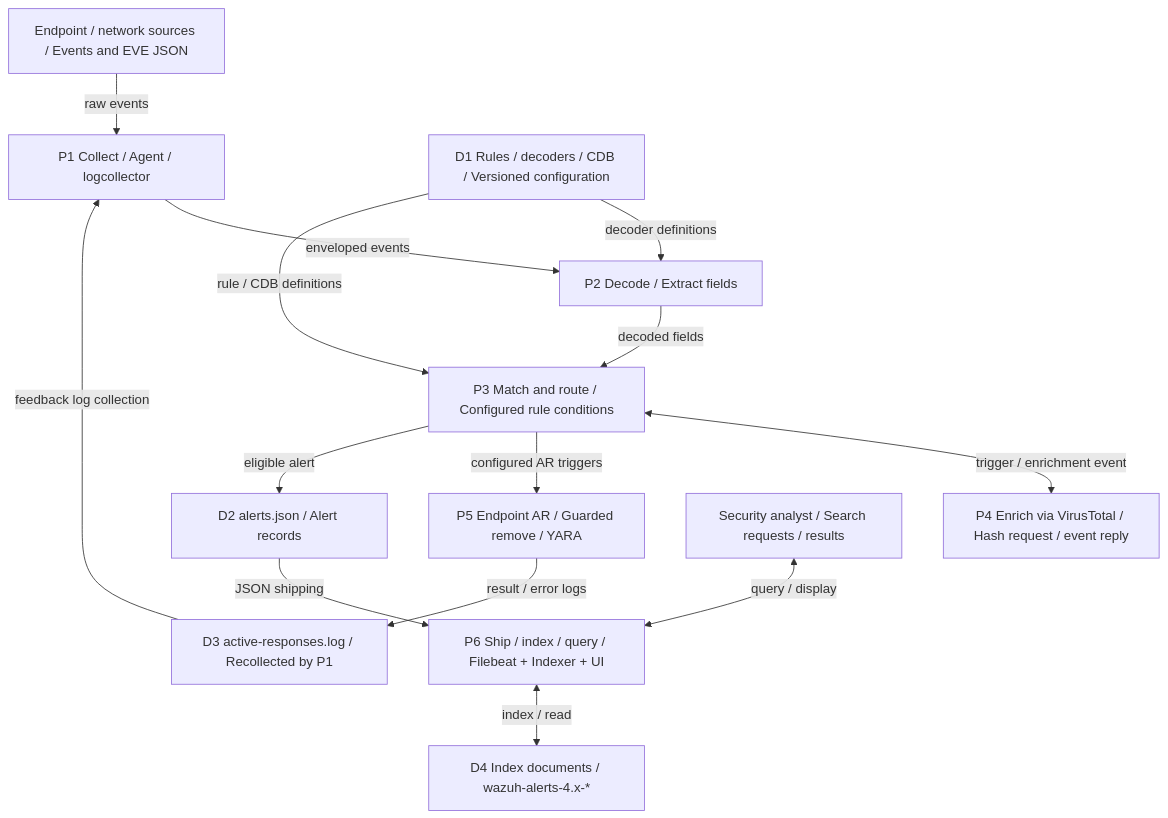
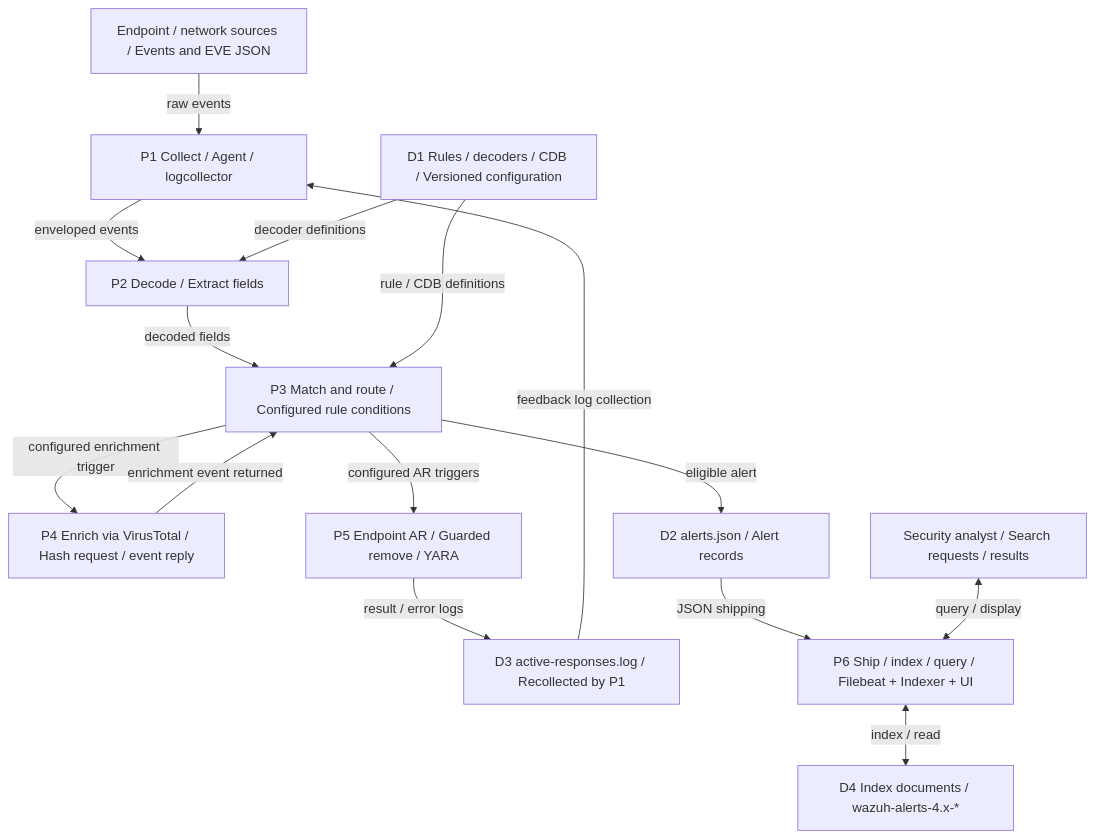
The fourth of 8 diagrams in docs/thesis/ch3_methodology.md (MoTechSys/my-bro), drawn with Mermaid before and after one commit. The commit also changed other lines of this file and 15 other files, not shown here.

````diff
--- a/docs/thesis/ch3_methodology.md
+++ b/docs/thesis/ch3_methodology.md
@@ -214,28 +215,29 @@
 ```mermaid
 flowchart TB
     source["Endpoint / network sources / Events and EVE JSON"]
     collect["P1 Collect / Agent / logcollector"]
     config["D1 Rules / decoders / CDB / Versioned configuration"]
     decode["P2 Decode / Extract fields"]
     enrich["P4 Enrich via VirusTotal / Hash request / event reply"]
     match["P3 Match and route / Configured rule conditions"]
     respond["P5 Endpoint AR / Guarded remove / YARA"]
     alerts["D2 alerts.json / Alert records"]
     arlog["D3 active-responses.log / Recollected by P1"]
     present["P6 Ship / index / query / Filebeat + Indexer + UI"]
     analyst["Security analyst / Search requests / results"]
     documents["D4 Index documents / wazuh-alerts-4.x-*"]
     source -->|"raw events"| collect
     collect -->|"enveloped events"| decode
     config -->|"decoder definitions"| decode
     decode -->|"decoded fields"| match
-    match <-->|"trigger / enrichment event"| enrich
+    match -->|"configured enrichment trigger"| enrich
     match -->|"configured AR triggers"| respond
     respond -->|"result / error logs"| arlog
     match -->|"eligible alert"| alerts
     alerts -->|"JSON shipping"| present
     present <-->|"index / read"| documents
     analyst <-->|"query / display"| present
     config -->|"rule / CDB definitions"| match
     arlog -->|"feedback log collection"| collect
+    enrich -->|"enrichment event returned"| match
 ```
````
